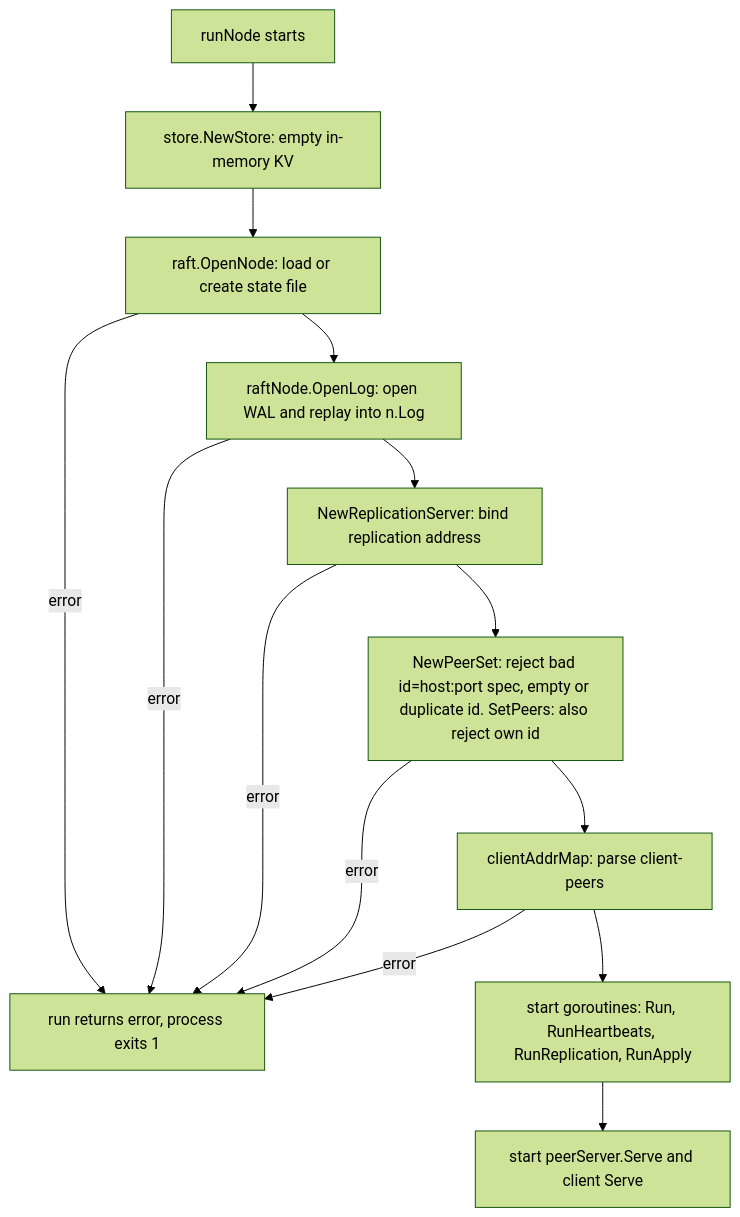
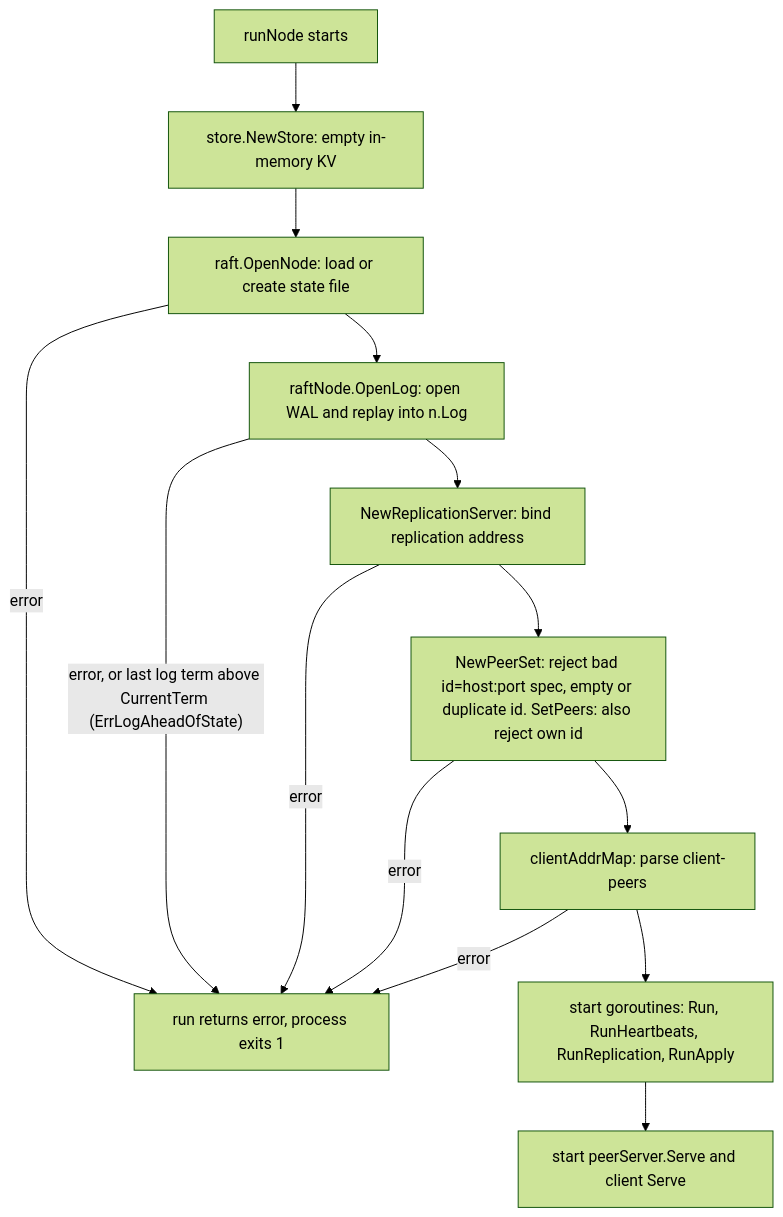
One commit to Tarun-Elango/hobbyDB changed the first of 7 diagrams in flow/3. node-startup-persisted-state.md. Above: the diagram before and after it, drawn with Mermaid (forest theme). The commit also changed other lines of this file and 26 other files, not shown here.

First line of the commit message:
fix raft, wal and client bugs found in flow review

````diff
--- a/flow/3. node-startup-persisted-state.md
+++ b/flow/3. node-startup-persisted-state.md
@@ -16,16 +16,16 @@
 ```mermaid
 flowchart TD
     A["runNode starts"] --> B["store.NewStore: empty in-memory KV"]
     B --> C["raft.OpenNode: load or create state file"]
     C -->|error| FAIL["run returns error, process exits 1"]
     C --> D["raftNode.OpenLog: open WAL and replay into n.Log"]
-    D -->|error| FAIL
+    D -->|"error, or last log term above CurrentTerm (ErrLogAheadOfState)"| FAIL
     D --> E["NewReplicationServer: bind replication address"]
     E -->|error| FAIL
     E --> F["NewPeerSet: reject bad id=host:port spec, empty or duplicate id. SetPeers: also reject own id"]
     F -->|error| FAIL
     F --> G["clientAddrMap: parse client-peers"]
     G -->|error| FAIL
     G --> H["start goroutines: Run, RunHeartbeats, RunReplication, RunApply"]
     H --> I["start peerServer.Serve and client Serve"]
 ```
````
